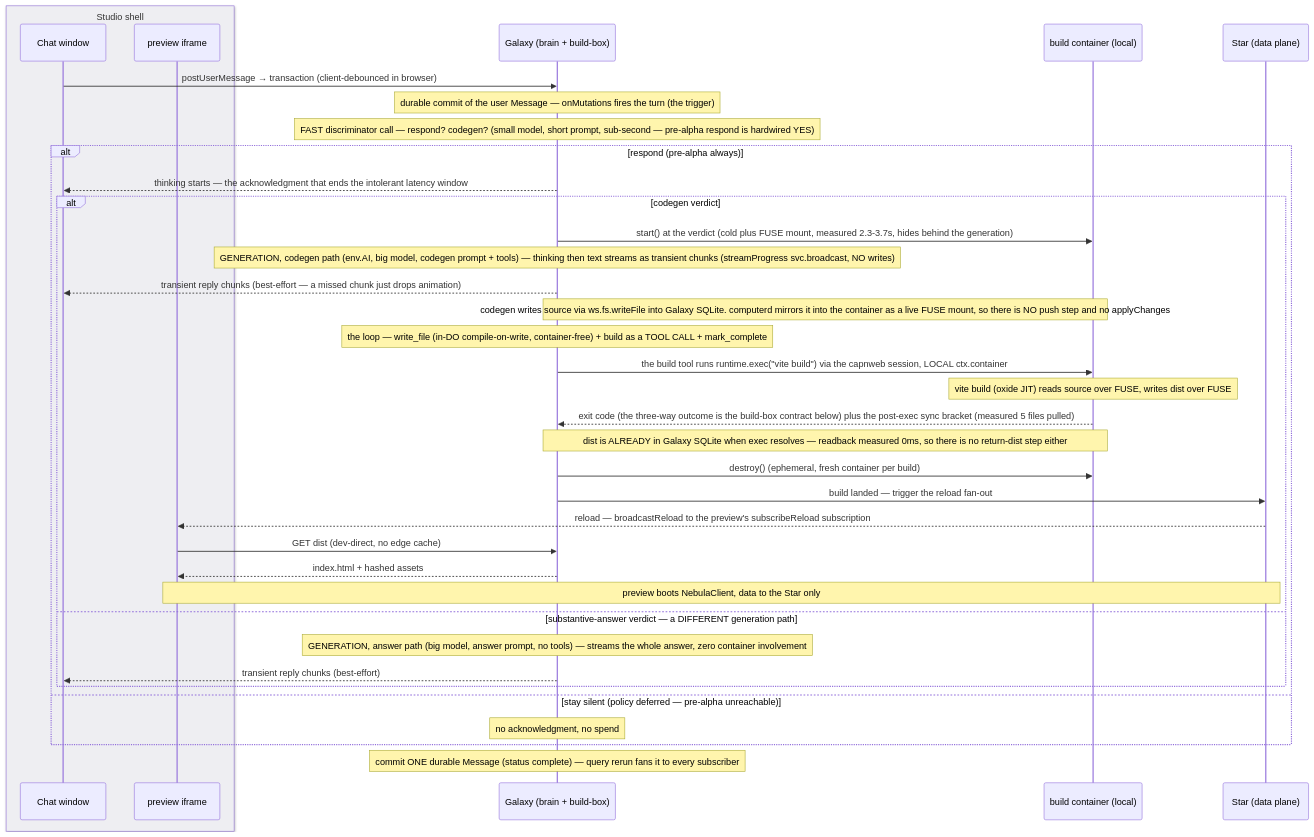
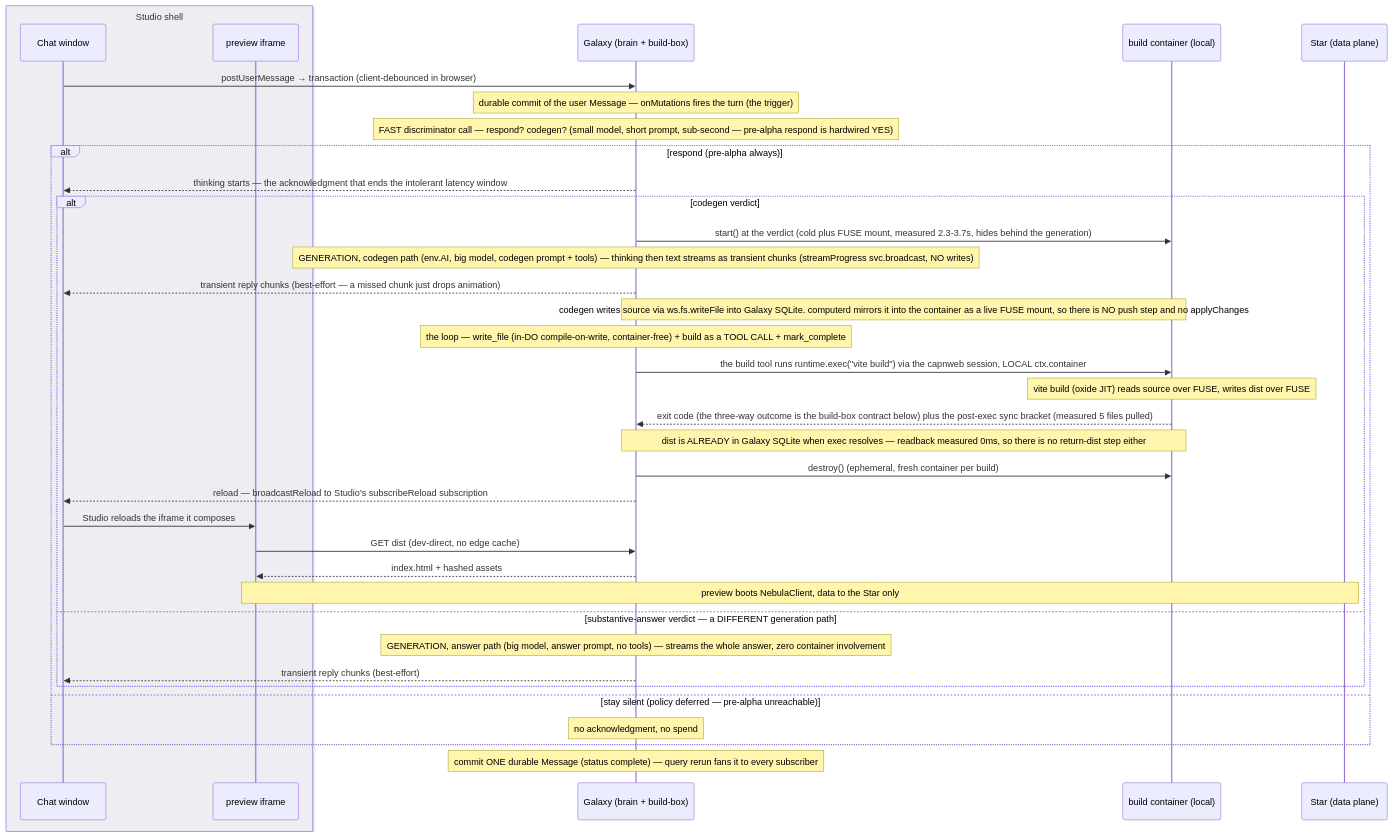
The diagram in tasks/nebula-galaxy-collapse-and-chat.md (lumenize/lumenize), drawn with Mermaid before and after one commit. The commit also changed other lines of this file, not shown here.

Commit message:
docs(collapse): both downward system hops deleted — Galaxy-side reload, Star lazy-pull (stage-2 #1)

````diff
--- a/tasks/nebula-galaxy-collapse-and-chat.md
+++ b/tasks/nebula-galaxy-collapse-and-chat.md
@@ -98,39 +98,39 @@
 ```mermaid
 sequenceDiagram
     box rgb(238,238,242) Studio shell
       participant Chat as Chat window
       participant P as preview iframe
     end
     participant G as Galaxy (brain + build-box)
     participant K as build container (local)
     participant Da as Star (data plane)
     Chat->>G: postUserMessage → transaction (client-debounced in browser)
     Note over G: durable commit of the user Message — onMutations fires the turn (the trigger)
     Note over G: FAST discriminator call — respond? codegen? (small model, short prompt, sub-second — pre-alpha respond is hardwired YES)
     alt respond (pre-alpha always)
       G-->>Chat: thinking starts — the acknowledgment that ends the intolerant latency window
       alt codegen verdict
         G->>K: start() at the verdict (cold plus FUSE mount, measured 2.3-3.7s, hides behind the generation)
         Note over G: GENERATION, codegen path (env.AI, big model, codegen prompt + tools) — thinking then text streams as transient chunks (streamProgress svc.broadcast, NO writes)
         G-->>Chat: transient reply chunks (best-effort — a missed chunk just drops animation)
         Note over G,K: codegen writes source via ws.fs.writeFile into Galaxy SQLite. computerd mirrors it into the container as a live FUSE mount, so there is NO push step and no applyChanges
         Note over G: the loop — write_file (in-DO compile-on-write, container-free) + build as a TOOL CALL + mark_complete
         G->>K: the build tool runs runtime.exec("vite build") via the capnweb session, LOCAL ctx.container
         Note over K: vite build (oxide JIT) reads source over FUSE, writes dist over FUSE
         K-->>G: exit code (the three-way outcome is the build-box contract below) plus the post-exec sync bracket (measured 5 files pulled)
         Note over G,K: dist is ALREADY in Galaxy SQLite when exec resolves — readback measured 0ms, so there is no return-dist step either
         G->>K: destroy() (ephemeral, fresh container per build)
-        G->>Da: build landed — trigger the reload fan-out
-        Da-->>P: reload — broadcastReload to the preview's subscribeReload subscription
+        G-->>Chat: reload — broadcastReload to Studio's subscribeReload subscription
+        Chat->>P: Studio reloads the iframe it composes
         P->>G: GET dist (dev-direct, no edge cache)
         G-->>P: index.html + hashed assets
         Note over P,Da: preview boots NebulaClient, data to the Star only
       else substantive-answer verdict — a DIFFERENT generation path
         Note over G: GENERATION, answer path (big model, answer prompt, no tools) — streams the whole answer, zero container involvement
         G-->>Chat: transient reply chunks (best-effort)
       end
     else stay silent (policy deferred — pre-alpha unreachable)
       Note over G: no acknowledgment, no spend
     end
     Note over G: commit ONE durable Message (status complete) — query rerun fans it to every subscriber
 ```
````
